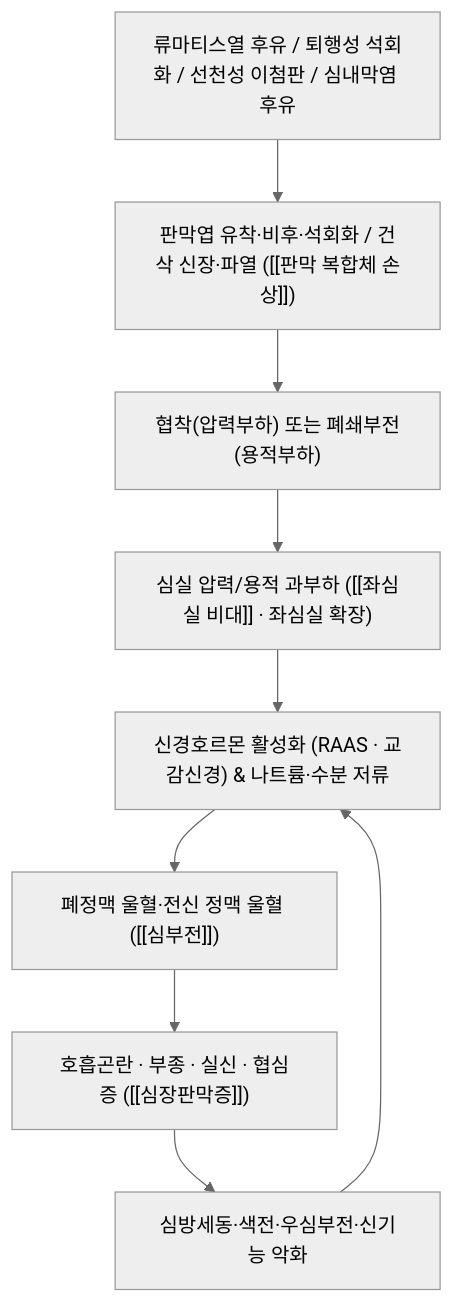
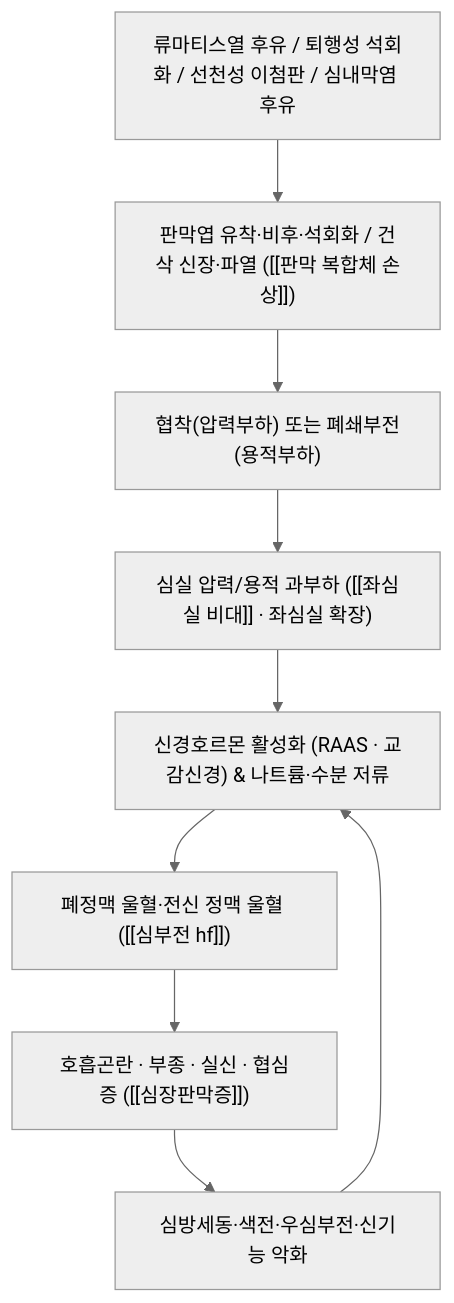
Before and after one commit to simbio11/simbio-digital-garden2: the diagram in content/3. 이론 공부/질환/순환기 질환/판막·심내막/심장판막증.md, drawn with Mermaid (neutral theme). The commit also changed other lines of this file and 442 other files, not shown here.

````diff
--- a/content/3. 이론 공부/질환/순환기 질환/판막·심내막/심장판막증.md
+++ b/content/3. 이론 공부/질환/순환기 질환/판막·심내막/심장판막증.md
@@ -90,11 +88,11 @@
 ```mermaid
 graph TD
     Cause["류마티스열 후유 / 퇴행성 석회화 / 선천성 이첨판 / 심내막염 후유"] --> Struct["판막엽 유착·비후·석회화 / 건삭 신장·파열 ([[판막 복합체 손상]])"]
     Struct --> Lesion["협착(압력부하) 또는 폐쇄부전(용적부하)"]
     Lesion --> Overload["심실 압력/용적 과부하 ([[좌심실 비대]] · 좌심실 확장)"]
     Overload --> Neuro["신경호르몬 활성화 (RAAS · 교감신경) & 나트륨·수분 저류"]
-    Neuro --> Congestion["폐정맥 울혈·전신 정맥 울혈 ([[심부전]])"]
+    Neuro --> Congestion["폐정맥 울혈·전신 정맥 울혈 ([[심부전 hf]])"]
     Congestion --> Symptom["호흡곤란 · 부종 · 실신 · 협심증 ([[심장판막증]])"]
     Symptom --> Decomp["심방세동·색전·우심부전·신기능 악화"]
     Decomp --> Neuro
 ```
````
